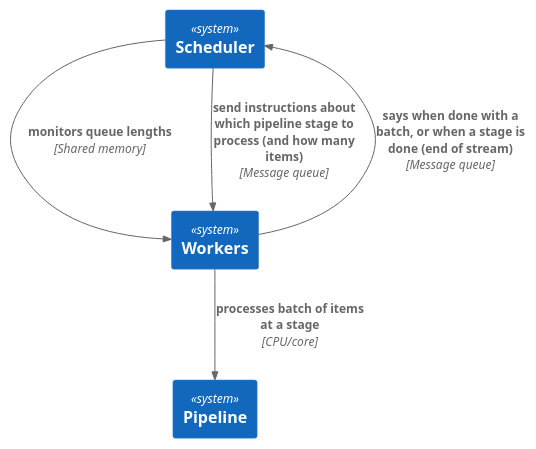
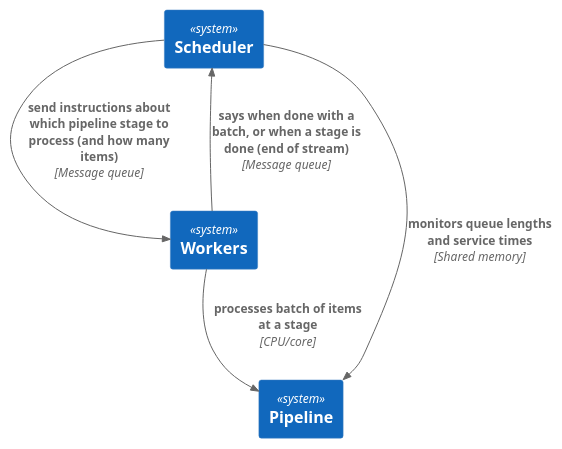
The diagram in c4model/system-context.puml (stevana/scheduled-pipelines), drawn with PlantUML before and after one commit. The commit also changed 3 other files, not shown here.

```diff
--- a/c4model/system-context.puml
+++ b/c4model/system-context.puml
@@ -1,14 +1,14 @@
 @startuml system-context
 !include C4_Context.puml
 
 System(scheduler, "Scheduler")
 System(workers, "Workers")
 System(pipeline, "Pipeline")
 
-Rel(scheduler, workers, "monitors queue lengths", "Shared memory")
+Rel(scheduler, pipeline, "monitors queue lengths and service times", "Shared memory")
 Rel(scheduler, workers, "send instructions about which pipeline stage to process (and how many items)", "Message queue")
 Rel(workers, scheduler, "says when done with a batch, or when a stage is done (end of stream)", "Message queue")
 Rel(workers, pipeline, "processes batch of items at a stage", "CPU/core")
 
 
 @enduml
```
